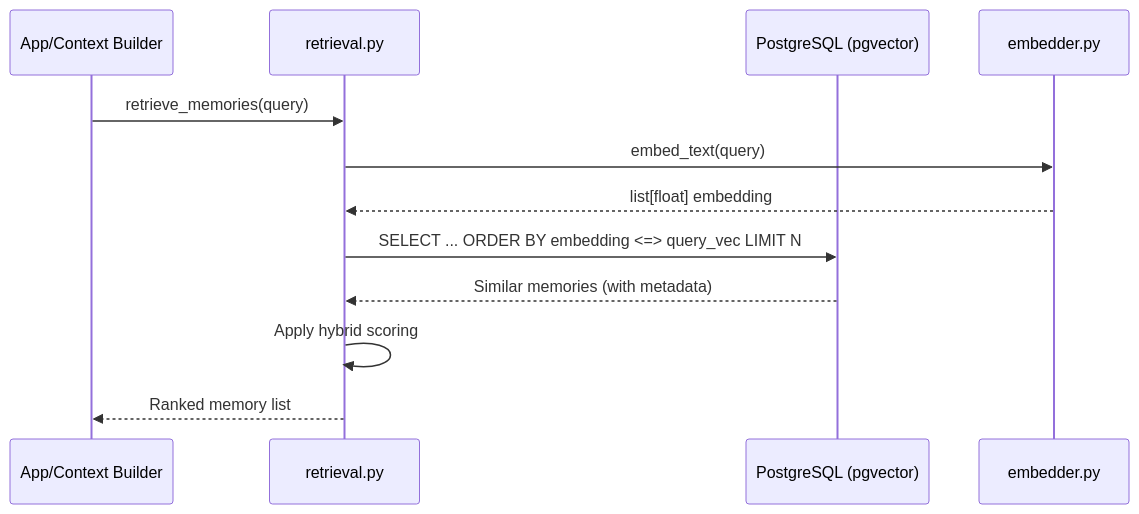
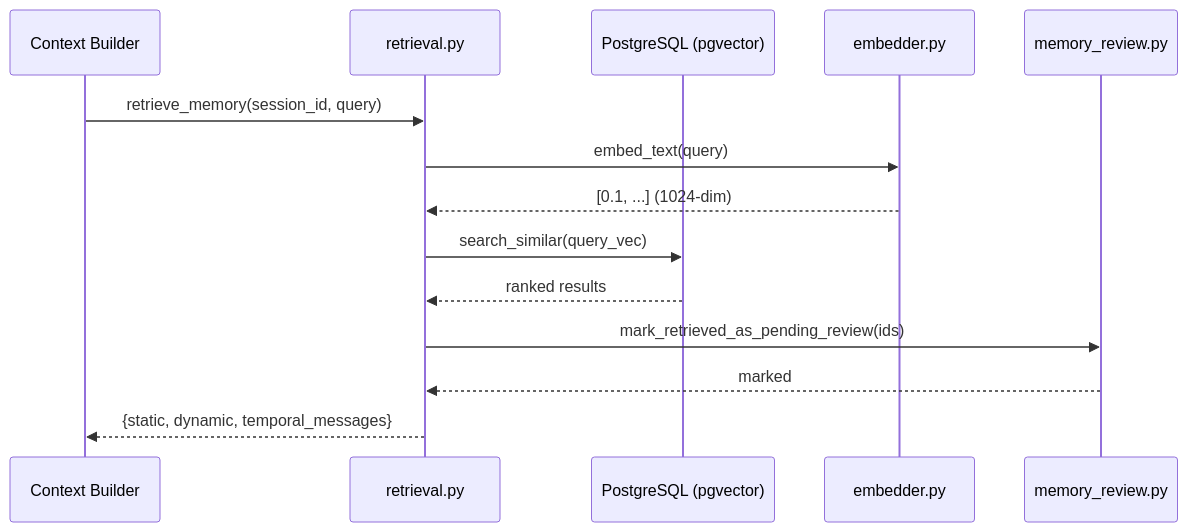
Before and after one commit to icedeyes12/yuzu-core: the fourth of 4 diagrams in app/memory/docs/architecture.md, drawn with Mermaid. The commit also changed other lines of this file and 1 other file, not shown here.

Commit message:
feat: update architecture doc to reflect full implementation + mark Phases 8-11 in roadmap

````diff
--- a/app/memory/docs/architecture.md
+++ b/app/memory/docs/architecture.md
@@ -229,15 +243,17 @@
 ```mermaid
 sequenceDiagram
-    participant APP as App/Context Builder
+    participant APP as Context Builder
     participant RET as retrieval.py
     participant DB as PostgreSQL (pgvector)
     participant EMB as embedder.py
+    participant REV as memory_review.py
 
-    APP->>RET: retrieve_memories(query)
+    APP->>RET: retrieve_memory(session_id, query)
     RET->>EMB: embed_text(query)
-    EMB-->>RET: list[float] embedding
-    RET->>DB: SELECT ... ORDER BY embedding <=> query_vec LIMIT N
-    DB-->>RET: Similar memories (with metadata)
-    RET->>RET: Apply hybrid scoring
-    RET-->>APP: Ranked memory list
+    EMB-->>RET: [0.1, ...]  (1024-dim)
+    RET->>DB: search_similar(query_vec)
+    DB-->>RET: ranked results
+    RET->>REV: mark_retrieved_as_pending_review(ids)
+    REV-->>RET: marked
+    RET-->>APP: {static, dynamic, temporal_messages}
 ```
````
